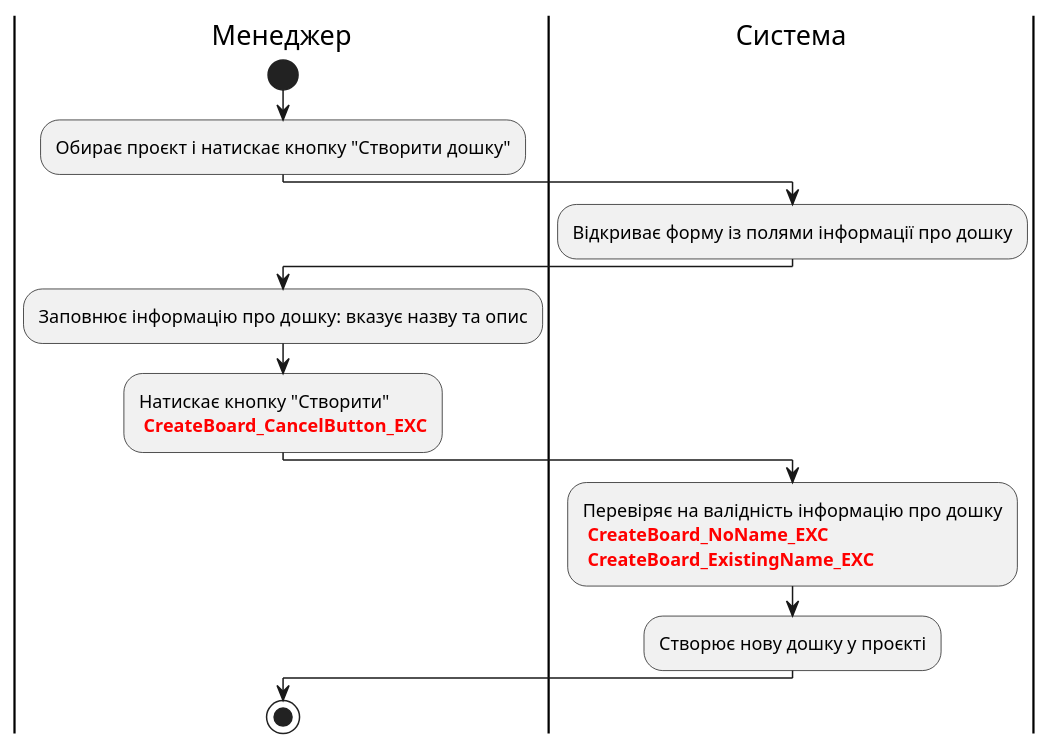
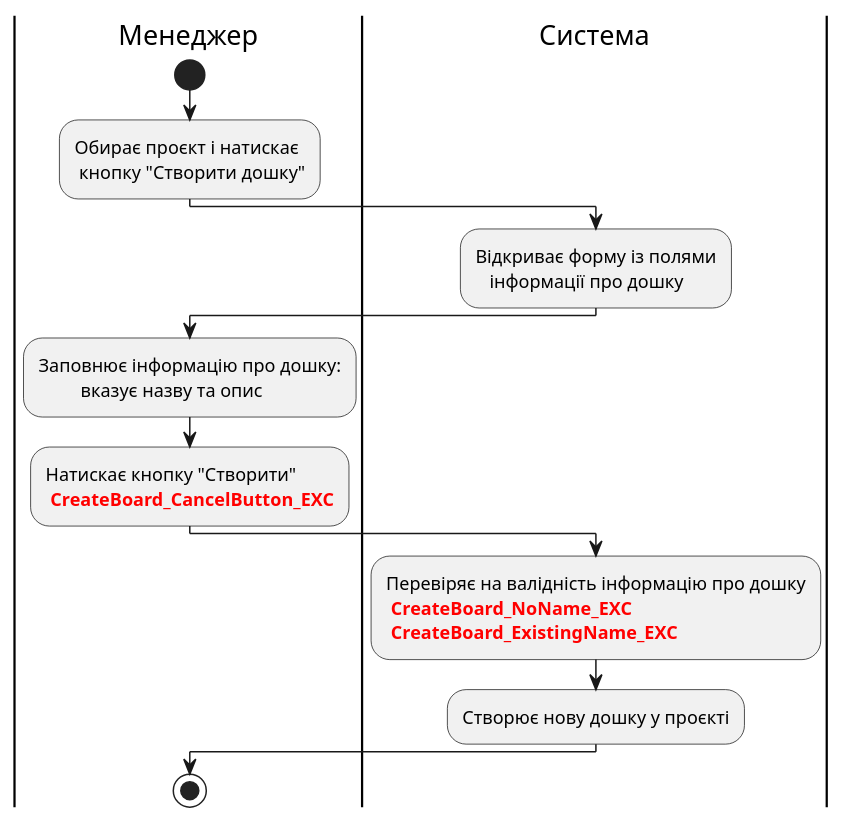
One commit to boldak/edu-db-cw changed diagram 14 of 16 in docs/use cases/README.md. Above: the diagram before and after it, drawn with PlantUML. The commit also changed other lines of this file, not shown here.

```diff
--- a/docs/use cases/README.md
+++ b/docs/use cases/README.md
@@ -1007,24 +1007,24 @@
 @startuml
 
 |Менеджер|
 start;
-:Обирає проєкт і натискає кнопку "Створити дошку";
+:Обирає проєкт і натискає\n кнопку "Створити дошку";
 
 |Система|
-:Відкриває форму із полями інформації про дошку;
+:Відкриває форму із полями\n   інформації про дошку;
 
 |Менеджер|
-:Заповнює інфoрмацію про дошку: вказує назву та опис;
+:Заповнює інфoрмацію про дошку:\n         вказує назву та опис;
 :Натискає кнопку "Створити"
 <font color="red"><b> CreateBoard_CancelButton_EXC;
 
 |Система|
 :Перевіряє на валідність інформацію про дошку
 <font color="red"><b> CreateBoard_NoName_EXC
 <font color="red"><b> CreateBoard_ExistingName_EXC;
 :Створює нову дошку у проєкті;
 
 |Менеджер|
 stop;
 
 @enduml
```
